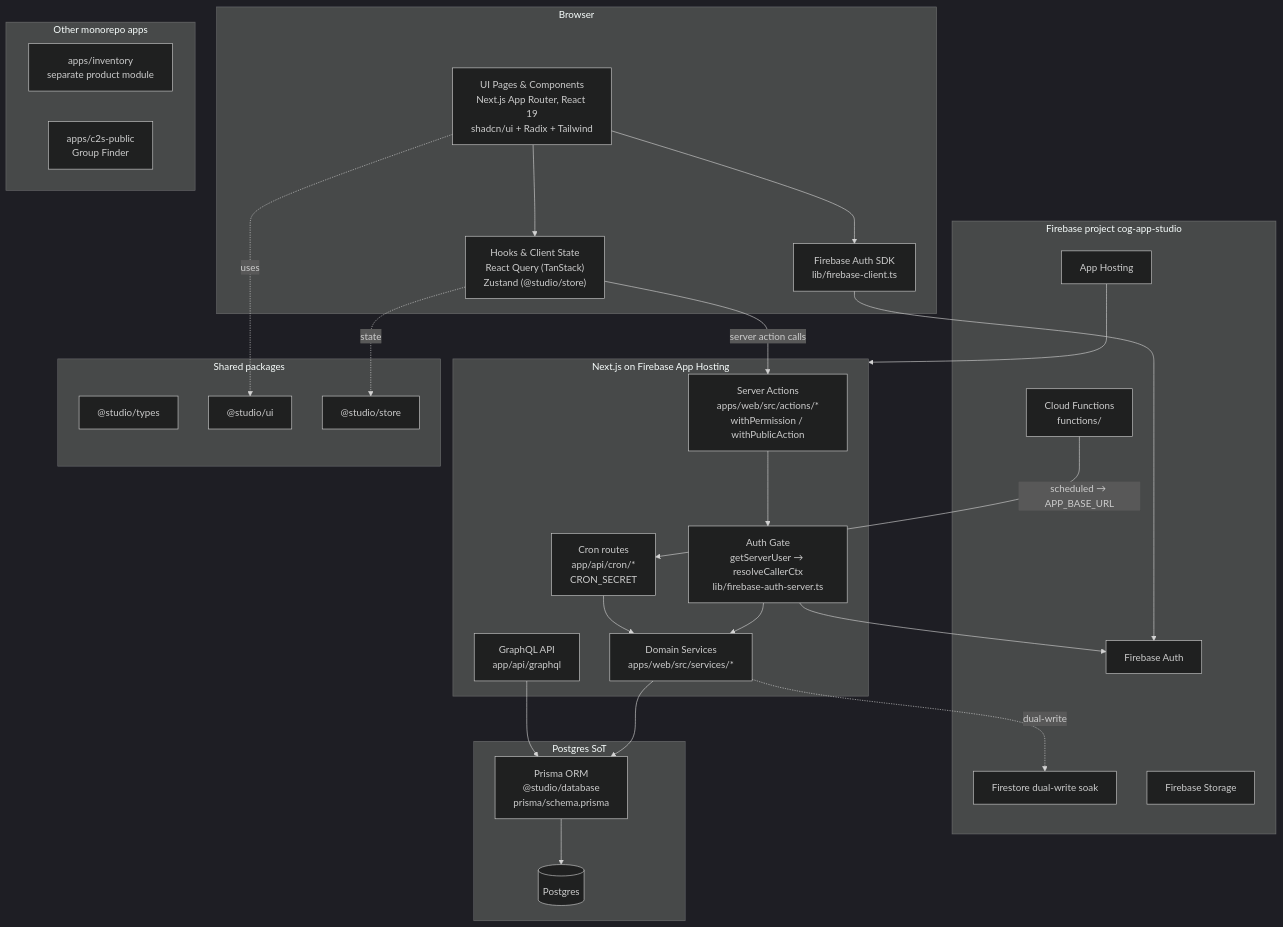
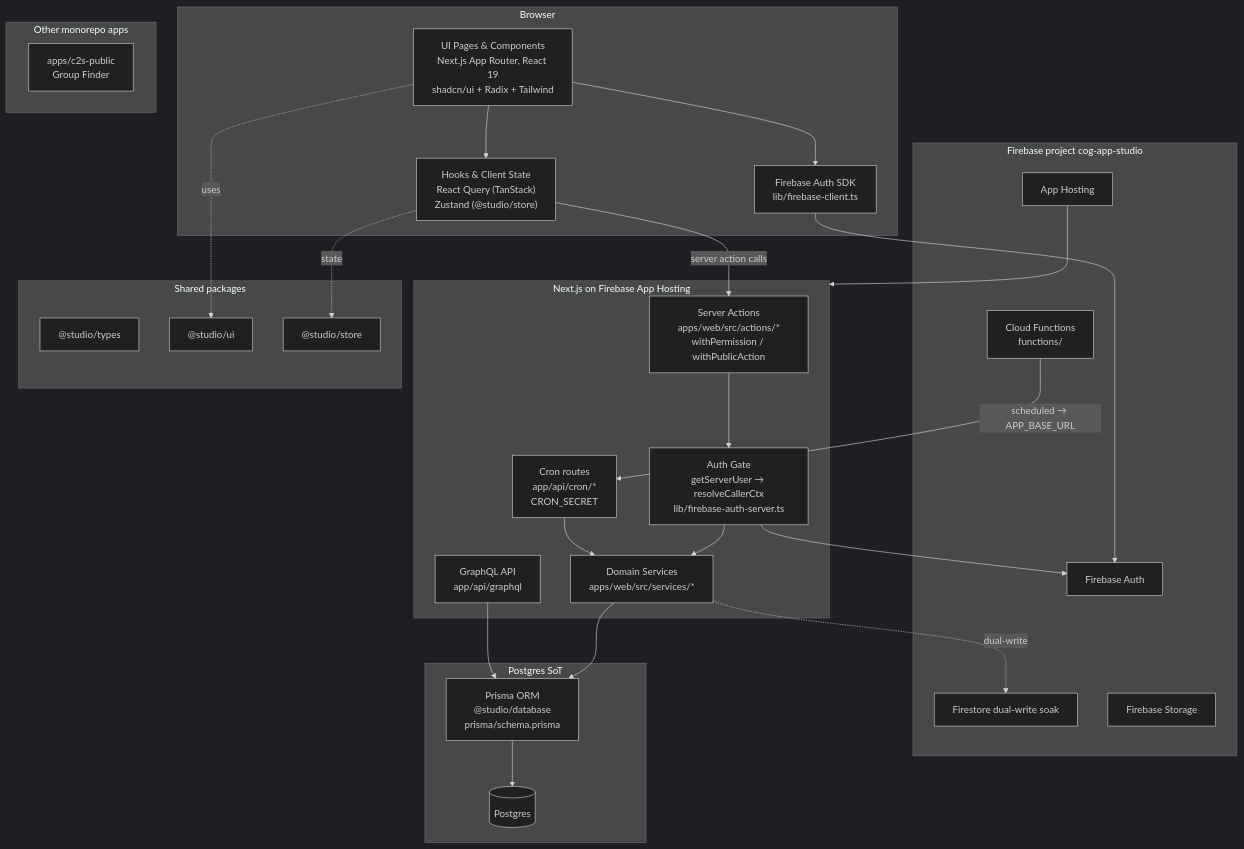
The first of 2 diagrams in docs/architecture.md (njcarlo/studio), drawn with Mermaid (dark theme) before and after one commit. The commit also changed other lines of this file and 51 other files, not shown here.

First line of the commit message:
chore: sunset standalone apps/inventory

````diff
--- a/docs/architecture.md
+++ b/docs/architecture.md
@@ -19,57 +19,56 @@
 ```mermaid
 graph TB
     subgraph Client["Browser"]
         UI["UI Pages & Components<br/>Next.js App Router, React 19<br/>shadcn/ui + Radix + Tailwind"]
         Hooks["Hooks & Client State<br/>React Query (TanStack)<br/>Zustand (@studio/store)"]
         FAuth["Firebase Auth SDK<br/>lib/firebase-client.ts"]
     end
 
     subgraph Server["Next.js on Firebase App Hosting"]
         Actions["Server Actions<br/>apps/web/src/actions/*<br/>withPermission / withPublicAction"]
         AuthGate["Auth Gate<br/>getServerUser → resolveCallerCtx<br/>lib/firebase-auth-server.ts"]
         Services["Domain Services<br/>apps/web/src/services/*"]
         Cron["Cron routes<br/>app/api/cron/*<br/>CRON_SECRET"]
         GraphQL["GraphQL API<br/>app/api/graphql"]
     end
 
     subgraph Firebase["Firebase project cog-app-studio"]
         AuthSvc["Firebase Auth"]
         FS["Firestore dual-write soak"]
         Storage["Firebase Storage"]
         CF["Cloud Functions<br/>functions/"]
         AH["App Hosting"]
     end
 
     subgraph Data["Postgres SoT"]
         Prisma["Prisma ORM<br/>@studio/database<br/>prisma/schema.prisma"]
         DB[("Postgres")]
     end
 
     subgraph Shared["Shared packages"]
         Types["@studio/types"]
         UIComp["@studio/ui"]
         Store["@studio/store"]
     end
 
     subgraph OtherApps["Other monorepo apps"]
-        Inventory["apps/inventory<br/>separate product module"]
         C2SPublic["apps/c2s-public<br/>Group Finder"]
     end
 
     UI --> Hooks
     UI --> FAuth
     FAuth --> AuthSvc
     Hooks -->|"server action calls"| Actions
     Actions --> AuthGate
     AuthGate --> AuthSvc
     AuthGate --> Services
     Services --> Prisma
     Prisma --> DB
     Services -.->|"dual-write"| FS
     Cron --> Services
     CF -->|"scheduled → APP_BASE_URL"| Cron
     AH --> Server
     GraphQL --> Prisma
     UI -.uses.-> UIComp
     Hooks -.state.-> Store
 ```
````
